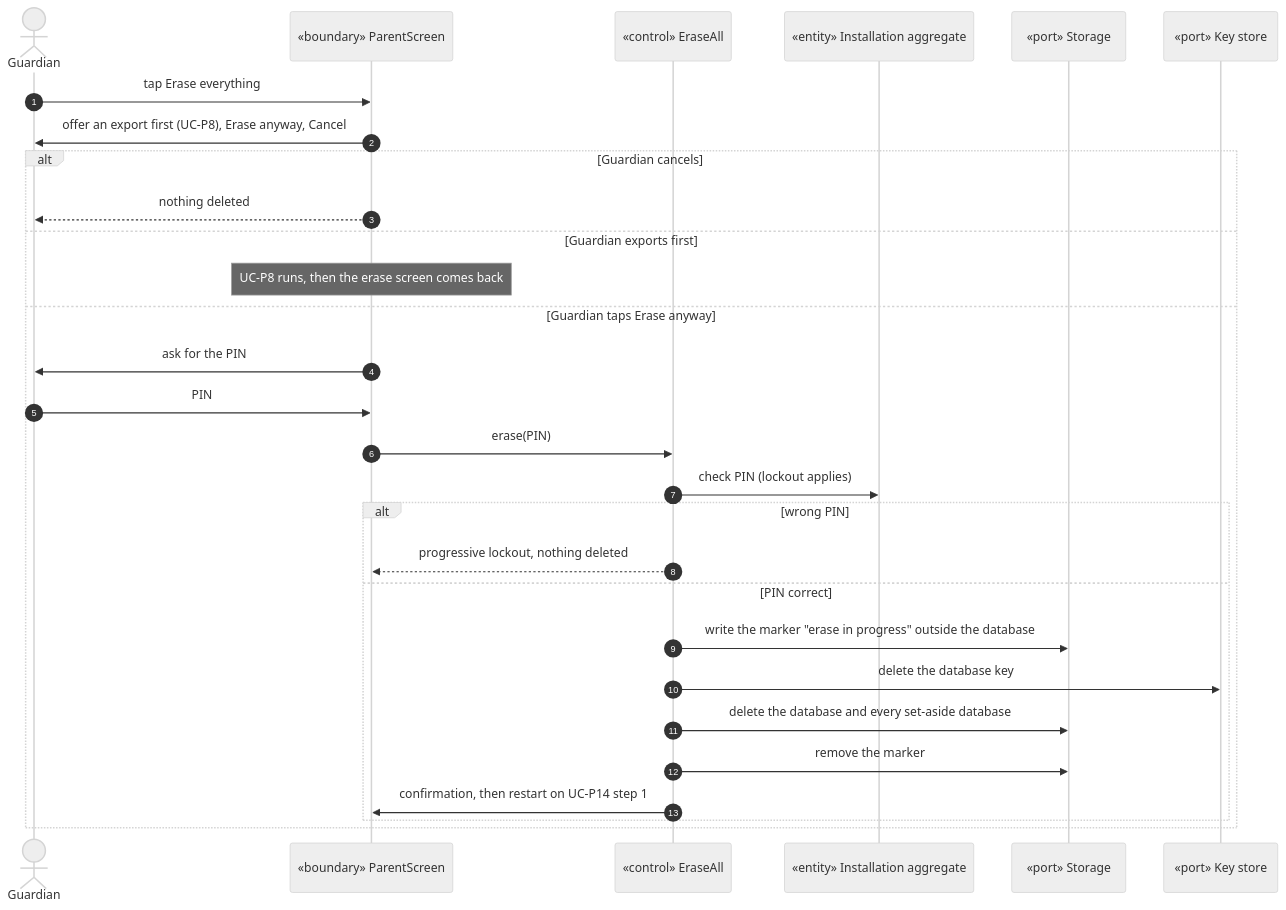
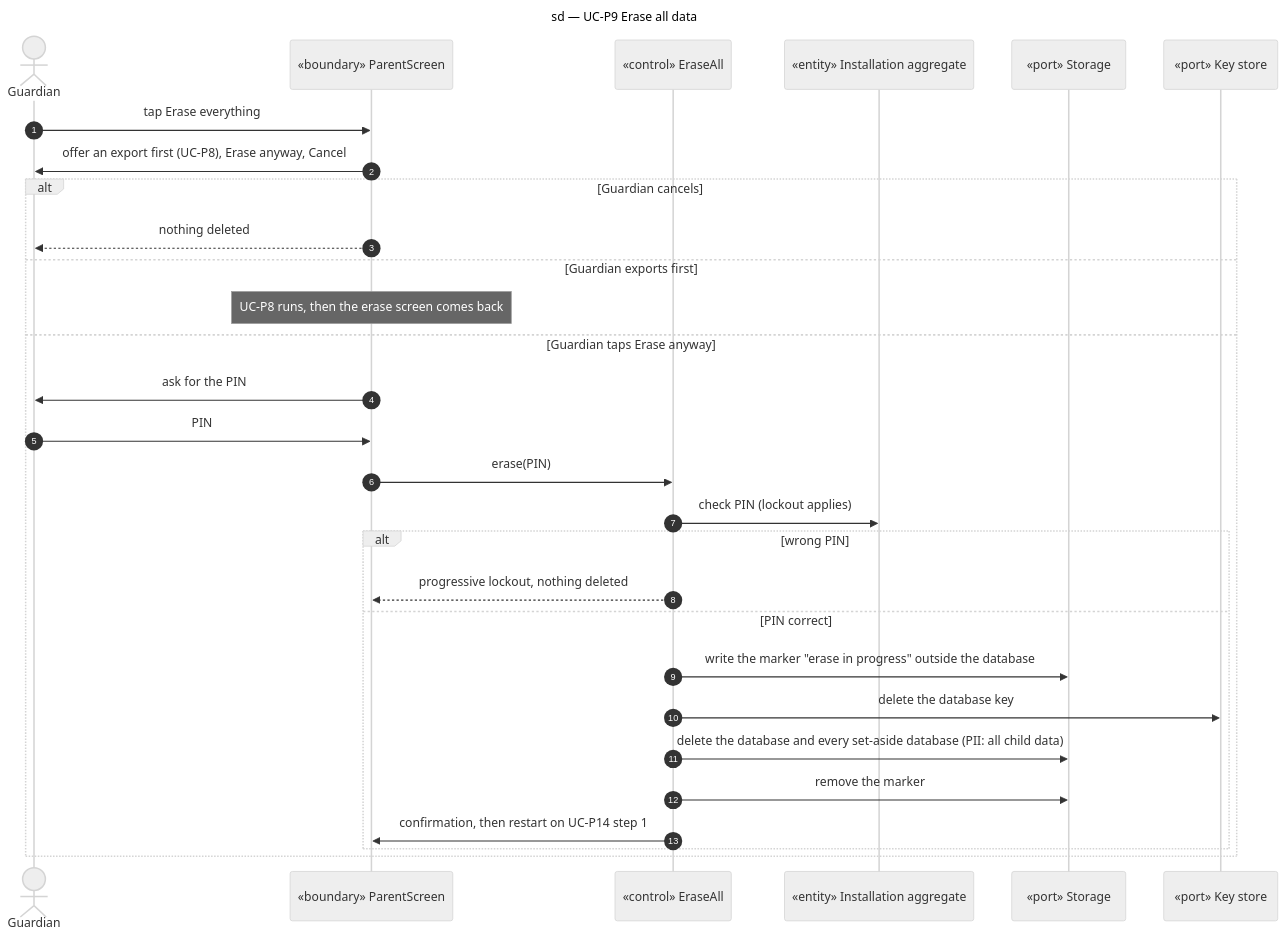
Before and after one commit to benoit-bremaud/learn-to-earn: the diagram in docs/architecture/diagrams/parent-space/02-sequence-erase.md, drawn with Mermaid (neutral theme). The commit also changed 17 other files, not shown here.

First line of the commit message:
docs(architecture): joint sequence review fixes

````diff
--- a/docs/architecture/diagrams/parent-space/02-sequence-erase.md
+++ b/docs/architecture/diagrams/parent-space/02-sequence-erase.md
@@ -16,32 +16,33 @@
 ```mermaid
 sequenceDiagram
+  title sd — UC-P9 Erase all data
   autonumber
   actor Guardian
   participant PUI as «boundary» ParentScreen
   participant Ctl as «control» EraseAll
   participant Inst as «entity» Installation aggregate
   participant Store as «port» Storage
   participant Keys as «port» Key store
 
   Guardian->>PUI: tap Erase everything
   PUI->>Guardian: offer an export first (UC-P8), Erase anyway, Cancel
   alt Guardian cancels
     PUI-->>Guardian: nothing deleted
   else Guardian exports first
     Note over PUI: UC-P8 runs, then the erase screen comes back
   else Guardian taps Erase anyway
     PUI->>Guardian: ask for the PIN
     Guardian->>PUI: PIN
     PUI->>Ctl: erase(PIN)
     Ctl->>Inst: check PIN (lockout applies)
     alt wrong PIN
       Ctl-->>PUI: progressive lockout, nothing deleted
     else PIN correct
       Ctl->>Store: write the marker "erase in progress" outside the database
       Ctl->>Keys: delete the database key
-      Ctl->>Store: delete the database and every set-aside database
+      Ctl->>Store: delete the database and every set-aside database (PII: all child data)
       Ctl->>Store: remove the marker
       Ctl->>PUI: confirmation, then restart on UC-P14 step 1
     end
   end
 ```
````
